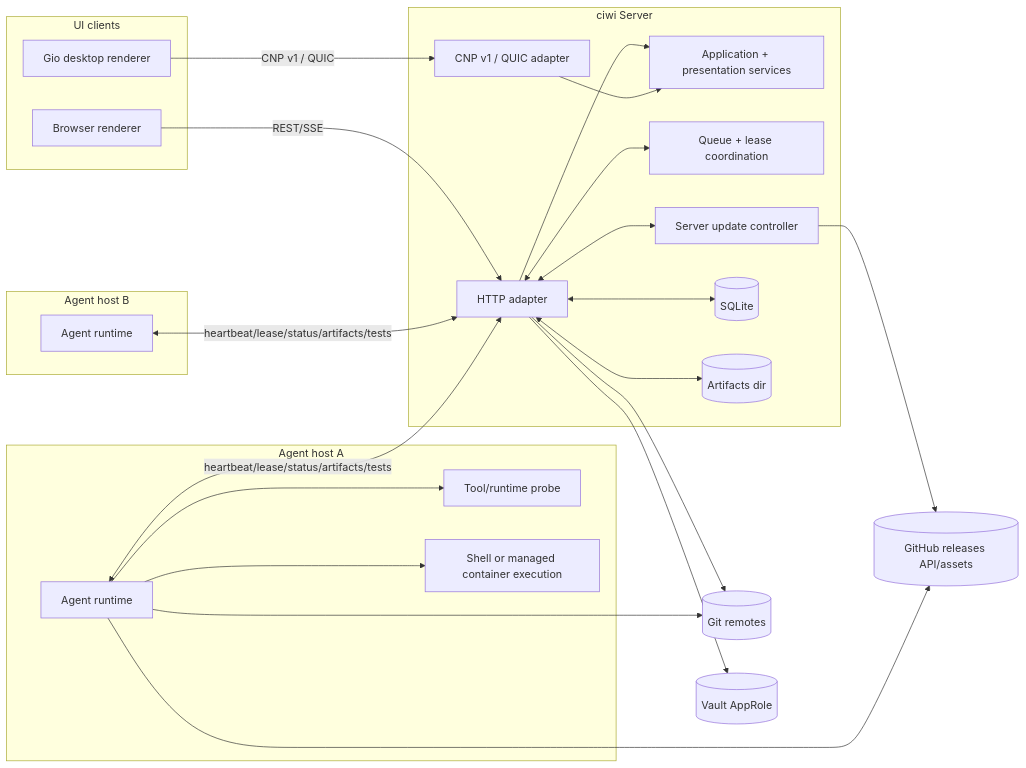
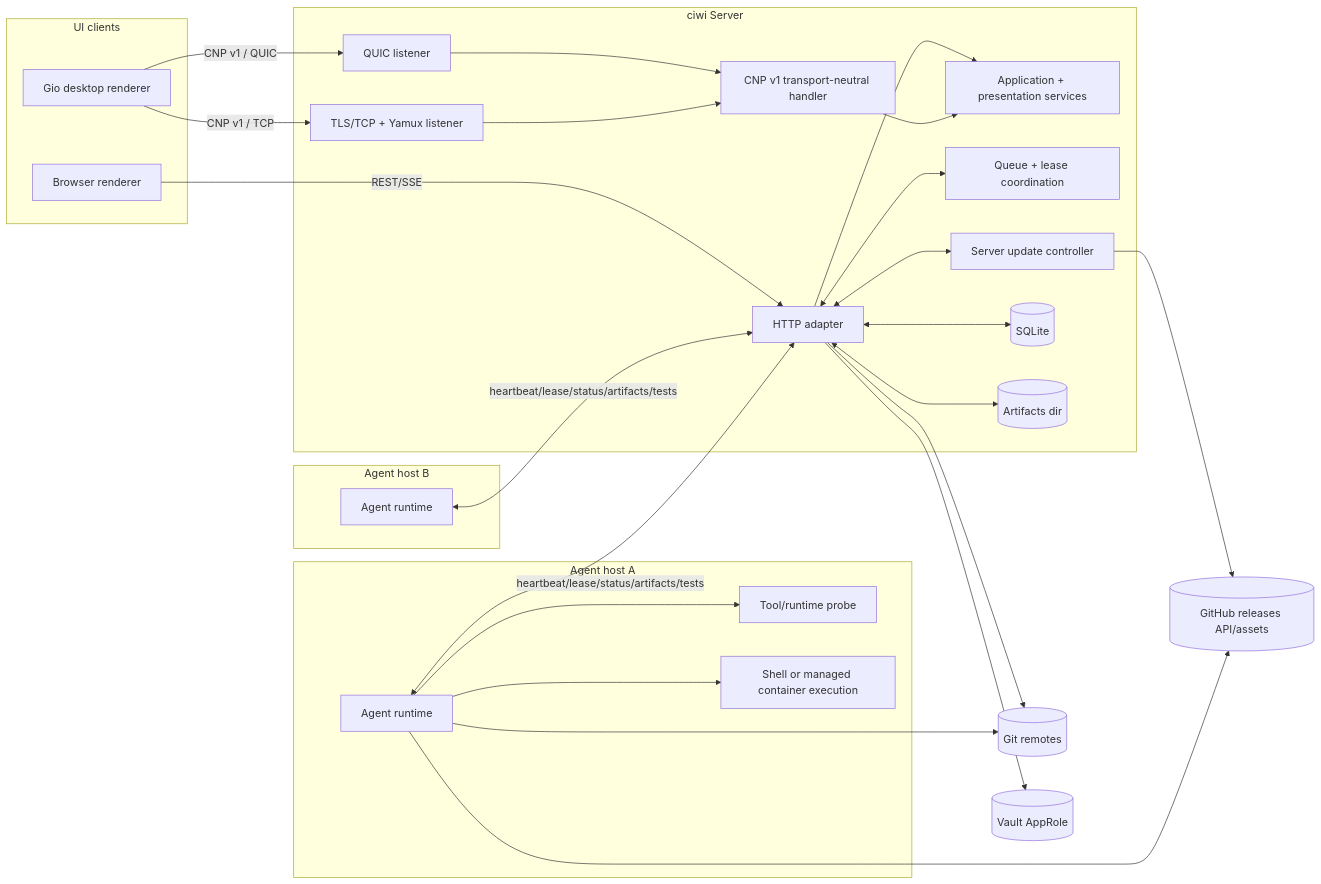
Before and after one commit to izzyreal/ciwi: the second of 4 diagrams in docs/architecture.md, drawn with Mermaid. The commit also changed other lines of this file and 40 other files, not shown here.

Commit message:
Add TCP transport for native CNP clients

````diff
--- a/docs/architecture.md
+++ b/docs/architecture.md
@@ -51,51 +56,56 @@
 ```mermaid
 flowchart LR
   subgraph UI[UI clients]
     FE[Browser renderer]
     DESKTOP[Gio desktop renderer]
   end
 
   subgraph ServerHost[ciwi Server]
     API[HTTP adapter]
-    NATIVE[CNP v1 / QUIC adapter]
+    NATIVE[CNP v1 transport-neutral handler]
+    QUIC[QUIC listener]
+    TCP[TLS/TCP + Yamux listener]
     APP[Application + presentation services]
     SCHED[Queue + lease coordination]
     UPDATE[Server update controller]
     DB[(SQLite)]
     ART[(Artifacts dir)]
   end
 
   subgraph AgentHostA[Agent host A]
     AGENTA[Agent runtime]
     TOOLS_A[Tool/runtime probe]
     EXEC_A[Shell or managed container execution]
   end
 
   subgraph AgentHostB[Agent host B]
     AGENTB[Agent runtime]
   end
 
   GIT[(Git remotes)]
   GH[(GitHub releases API/assets)]
   VAULT[(Vault AppRole)]
 
   FE -->|REST/SSE| API
-  DESKTOP -->|CNP v1 / QUIC| NATIVE
+  DESKTOP -->|CNP v1 / QUIC| QUIC
+  DESKTOP -->|CNP v1 / TCP| TCP
+  QUIC --> NATIVE
+  TCP --> NATIVE
   API --> APP
   NATIVE --> APP
   API <--> DB
   API <--> ART
   API <--> SCHED
   API <--> UPDATE
 
   AGENTA <--> |heartbeat/lease/status/artifacts/tests| API
   AGENTB <--> |heartbeat/lease/status/artifacts/tests| API
   AGENTA --> TOOLS_A
   AGENTA --> EXEC_A
 
   API --> GIT
   AGENTA --> GIT
   UPDATE --> GH
   AGENTA --> GH
   API --> VAULT
 ```
````
